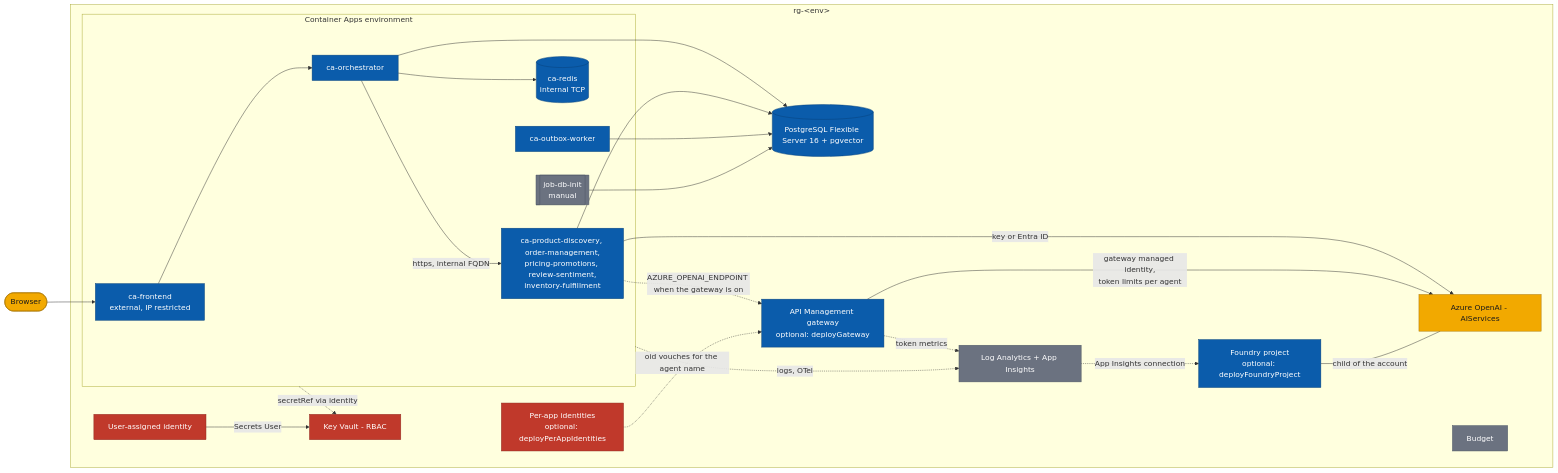
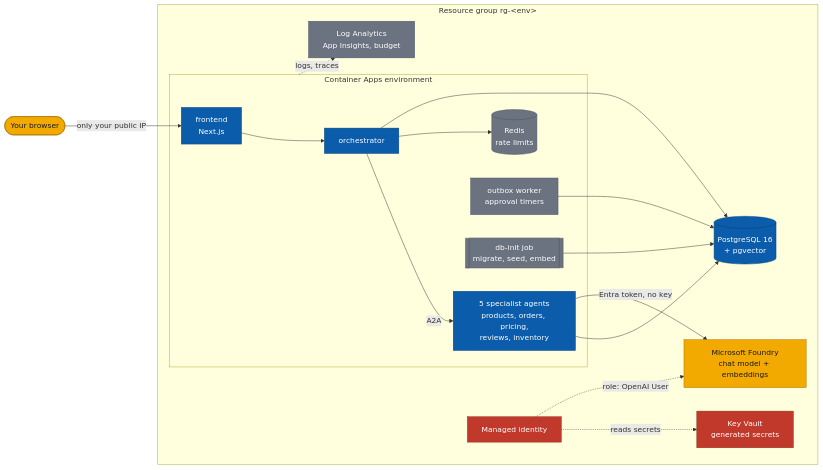
One commit to rakyma0228/eCommerce-agent changed the diagram in docs/azure-deployment.md. Above: the diagram before and after it, drawn with Mermaid. The commit also changed other lines of this file and 31 other files, not shown here.

````diff
--- a/docs/azure-deployment.md
+++ b/docs/azure-deployment.md
@@ -82,41 +15,31 @@
 ```mermaid
 flowchart LR
-    user([Browser]):::ext --> web
-    subgraph rg["rg-&lt;env&gt;"]
-        subgraph ca["Container Apps environment"]
-            web["ca-frontend<br/>external, IP restricted"]:::core --> orch[ca-orchestrator]:::core
-            orch -- "https, internal FQDN" --> spec["ca-product-discovery, order-management,<br/>pricing-promotions, review-sentiment,<br/>inventory-fulfillment"]:::core
-            orch --> redis[("ca-redis<br/>internal TCP")]:::core
-            worker[ca-outbox-worker]:::core
-            job[["job-db-init<br/>manual"]]:::infra
+    user([Your browser]):::ext -->|only your public IP| web
+    subgraph rg["Resource group rg-&lt;env&gt;"]
+        subgraph cae["Container Apps environment"]
+            web["frontend<br/>Next.js"]:::core --> orch["orchestrator"]:::core
+            orch -->|A2A| spec["5 specialist agents<br/>products, orders, pricing,<br/>reviews, inventory"]:::core
+            orch --> redis[("Redis<br/>rate limits")]:::infra
+            worker["outbox worker<br/>approval timers"]:::infra
+            job[["db-init job<br/>migrate, seed, embed"]]:::infra
         end
-        pg[(PostgreSQL Flexible Server 16 + pgvector)]:::core
-        oai[Azure OpenAI - AIServices]:::ext
-        kv[Key Vault - RBAC]:::sec
-        uami[User-assigned identity]:::sec
-        log[Log Analytics + App Insights]:::infra
-        bud[Budget]:::infra
-        apim["API Management gateway<br/>optional: deployGateway"]:::core
-        proj["Foundry project<br/>optional: deployFoundryProject"]:::core
-        appids["Per-app identities<br/>optional: deployPerAppIdentities"]:::sec
+        pg[("PostgreSQL 16<br/>+ pgvector")]:::core
+        foundry["Microsoft Foundry<br/>chat model + embeddings"]:::ext
+        kv["Key Vault<br/>generated secrets"]:::sec
+        mi["Managed identity"]:::sec
+        mon["Log Analytics<br/>App Insights, budget"]:::infra
     end
     orch --> pg
     spec --> pg
     worker --> pg
     job --> pg
-    spec -- key or Entra ID --> oai
-    uami -- Secrets User --> kv
-    ca -. "secretRef via identity" .-> kv
-    ca -. logs, OTel .-> log
-    spec -. "AZURE_OPENAI_ENDPOINT when the gateway is on" .-> apim
-    apim -- "gateway managed identity,<br/>token limits per agent" --> oai
-    apim -. "token metrics" .-> log
-    proj -- "child of the account" --- oai
-    log -. "App Insights connection" .-> proj
-    appids -. "oid vouches for the agent name" .-> apim
+    spec -->|Entra token, no key| foundry
+    mi -.->|reads secrets| kv
+    mi -.->|"role: OpenAI User"| foundry
+    cae -.->|logs, traces| mon
 
     classDef core fill:#0b5cab,stroke:#08427a,color:#ffffff
     classDef ext fill:#f2a900,stroke:#a87400,color:#1a1a1a
     classDef sec fill:#c0392b,stroke:#8e2a20,color:#ffffff
     classDef infra fill:#6b7280,stroke:#4b5563,color:#ffffff
 ```
````
